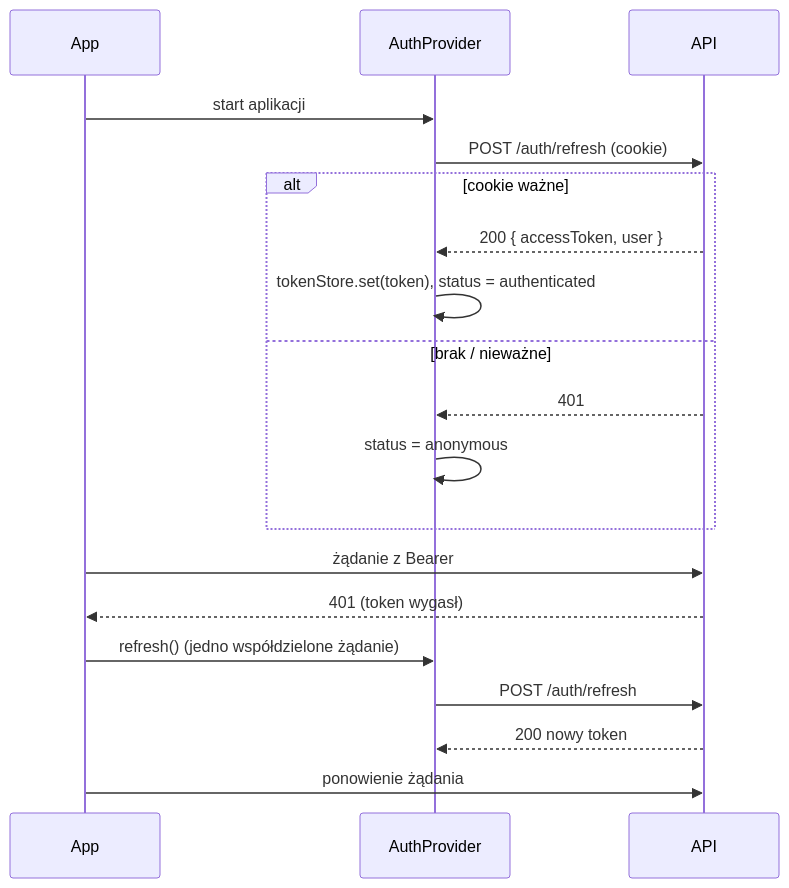
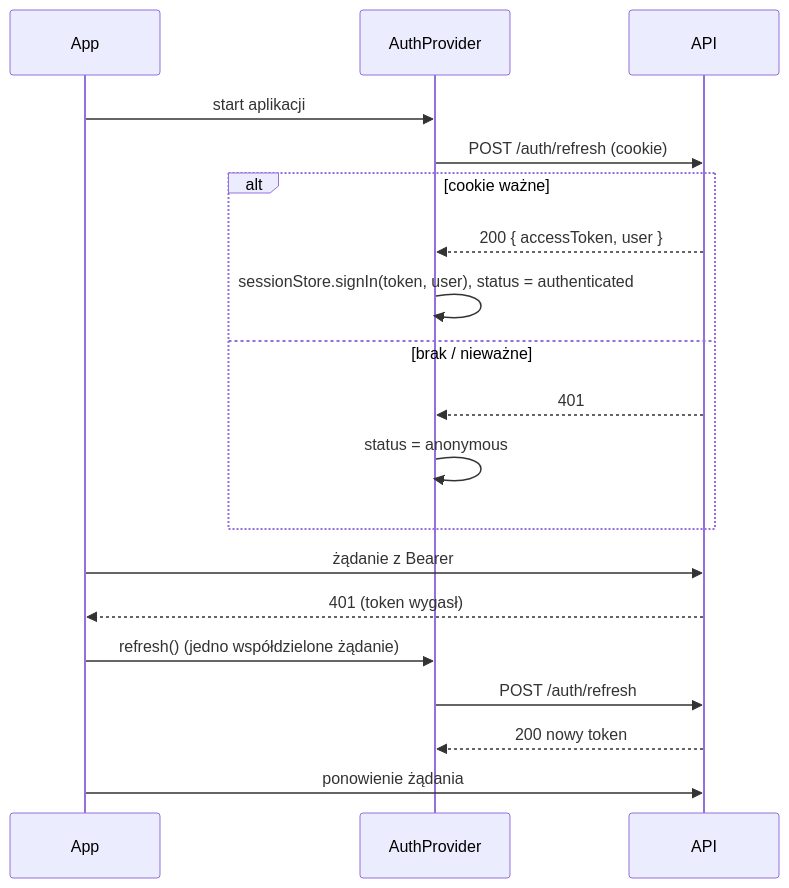
One commit to KamilW-git/Klucznik changed the diagram in apps/web/docs/data-and-auth.md. Above: the diagram before and after it, drawn with Mermaid. The commit also changed other lines of this file and 209 other files, not shown here.

````diff
--- a/apps/web/docs/data-and-auth.md
+++ b/apps/web/docs/data-and-auth.md
@@ -38,21 +40,21 @@
 ```mermaid
 sequenceDiagram
   participant App
   participant Auth as AuthProvider
   participant API
   App->>Auth: start aplikacji
   Auth->>API: POST /auth/refresh (cookie)
   alt cookie ważne
     API-->>Auth: 200 { accessToken, user }
-    Auth->>Auth: tokenStore.set(token), status = authenticated
+    Auth->>Auth: sessionStore.signIn(token, user), status = authenticated
   else brak / nieważne
     API-->>Auth: 401
     Auth->>Auth: status = anonymous
   end
   App->>API: żądanie z Bearer
   API-->>App: 401 (token wygasł)
   App->>Auth: refresh() (jedno współdzielone żądanie)
   Auth->>API: POST /auth/refresh
   API-->>Auth: 200 nowy token
   App->>API: ponowienie żądania
 ```
````
